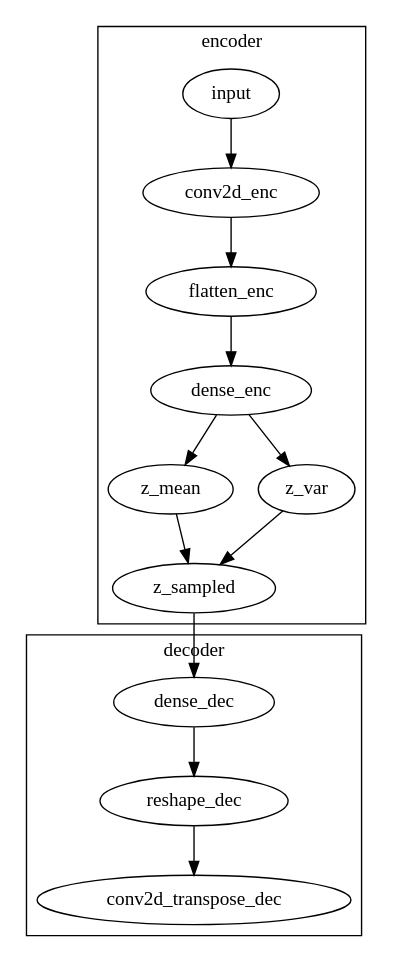
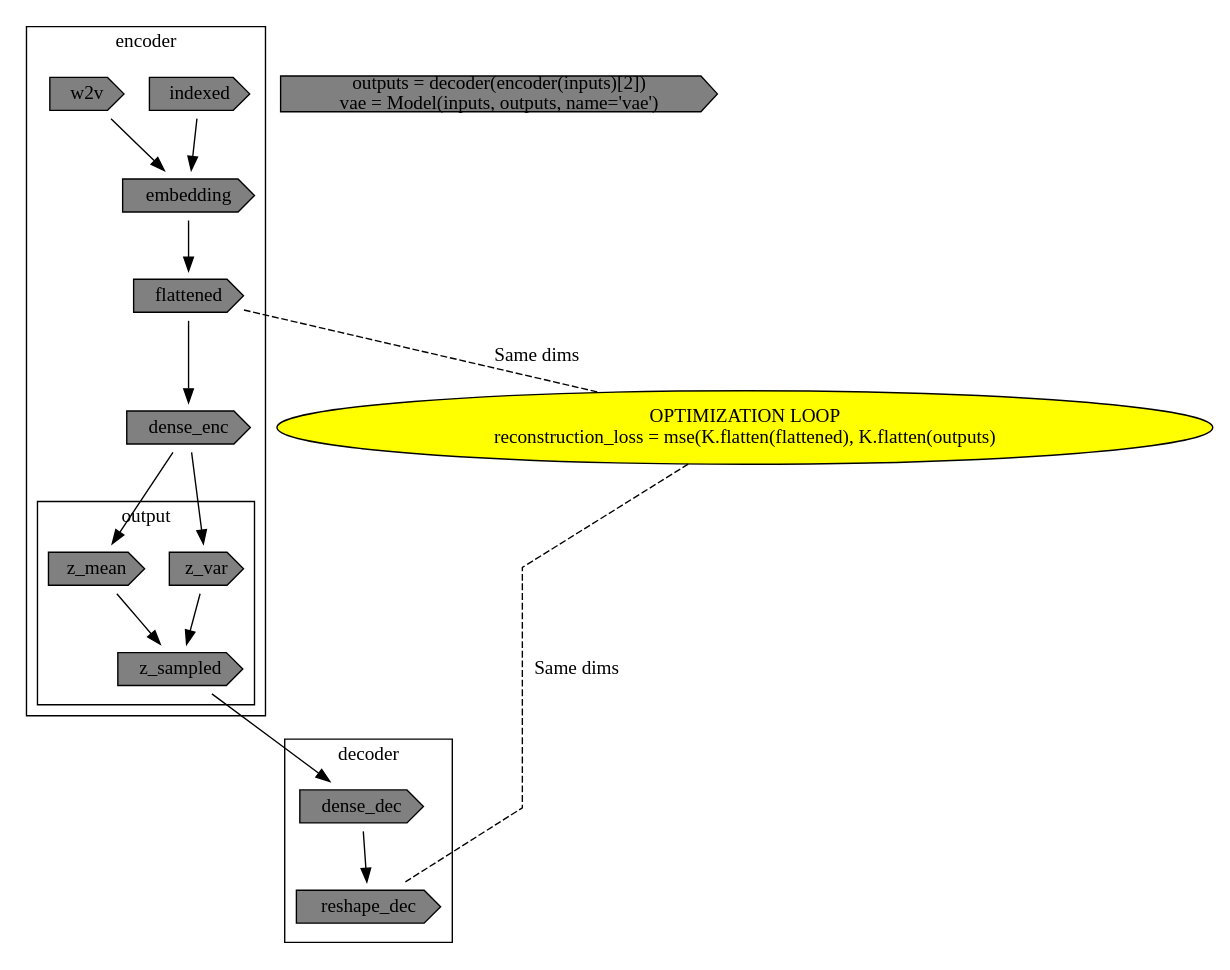
The diagram in vae_model.dot (matthewwritter/keras_sandbox01), drawn with Graphviz before and after one commit. The commit also changed 1 other file, not shown here.

Commit message:
Got hn_comments_vae.py working!

```diff
--- a/vae_model.dot
+++ b/vae_model.dot
@@ -1,16 +1,32 @@
 digraph G {
+splines=polyline
+node [shape=cds style=filled fillcolor=gray]
+
 subgraph cluster_enc {
-    label = encoder
-    color = black
-    input -> conv2d_enc -> flatten_enc -> dense_enc -> {z_mean z_var} -> z_sampled
+    subgraph cluster_enc {
+        label = output
+        color = black
+        z_mean; z_var; z_sampled
+    }
+
+label = encoder
+color = black
+{indexed w2v} -> embedding -> flattened -> dense_enc -> {z_mean z_var} -> z_sampled
+
 }
 
 subgraph cluster_dec {
     label = decoder
     color = black
-    dense_dec -> reshape_dec -> conv2d_transpose_dec
+    dense_dec -> reshape_dec
 }
+
+temp [label= "outputs = decoder(encoder(inputs)[2])
+vae = Model(inputs, outputs, name='vae')"]
+temp2 [label="OPTIMIZATION LOOP\nreconstruction_loss = mse(K.flatten(flattened), K.flatten(outputs)" shape=oval style=filled fillcolor=yellow]
+
+flattened -> temp2 -> reshape_dec [arrowhead=none style=dashed label="Same dims"]
 
 z_sampled -> dense_dec
 
 }
```
